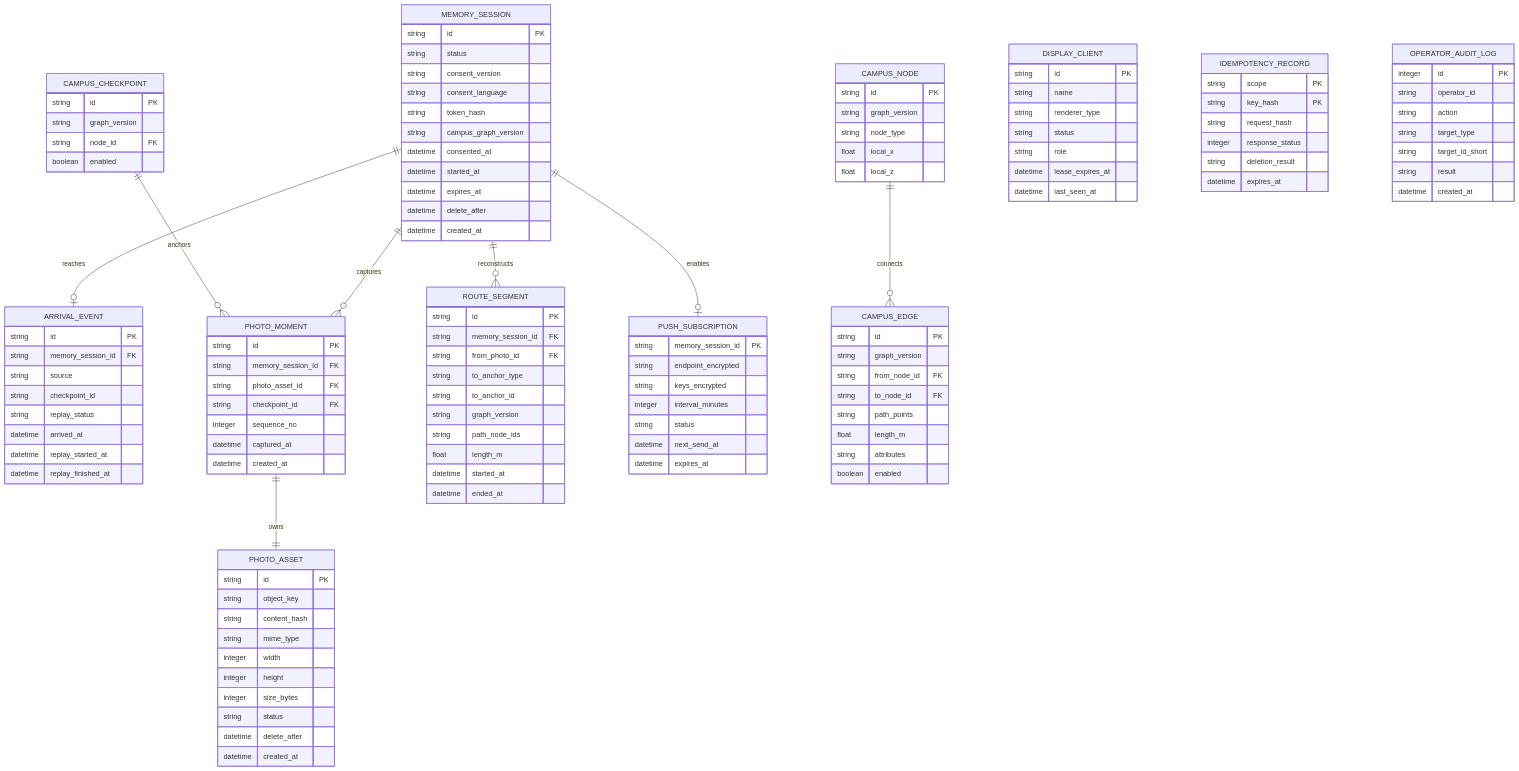
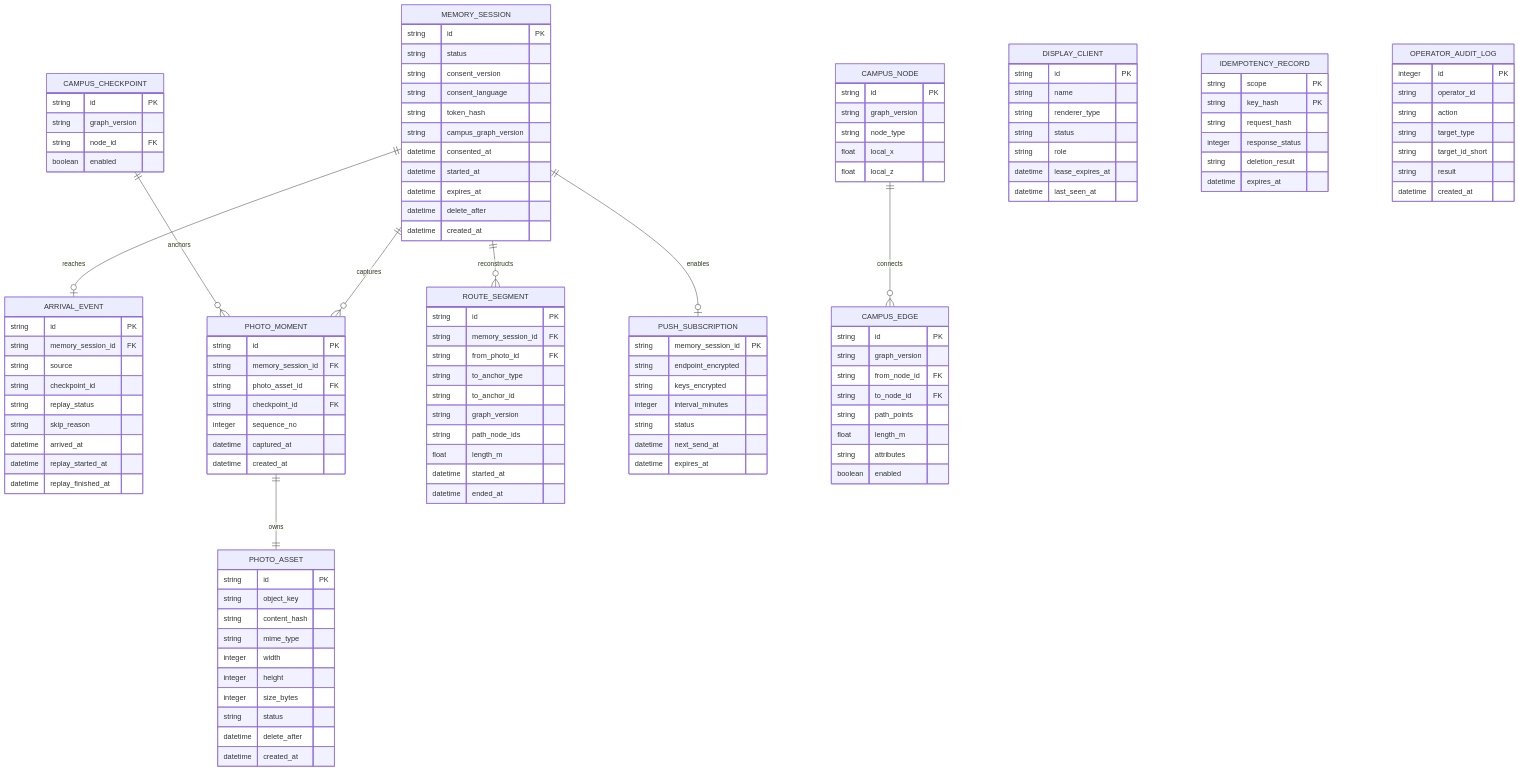
Before and after one commit to Mino829/trace-campus-installation: the diagram in docs/data-model.md, drawn with Mermaid. The commit also changed other lines of this file and 6 other files, not shown here.

```diff
--- a/docs/data-model.md
+++ b/docs/data-model.md
@@ -62,6 +62,7 @@
         string source
         string checkpoint_id
         string replay_status
+        string skip_reason
         datetime arrived_at
         datetime replay_started_at
         datetime replay_finished_at
```
